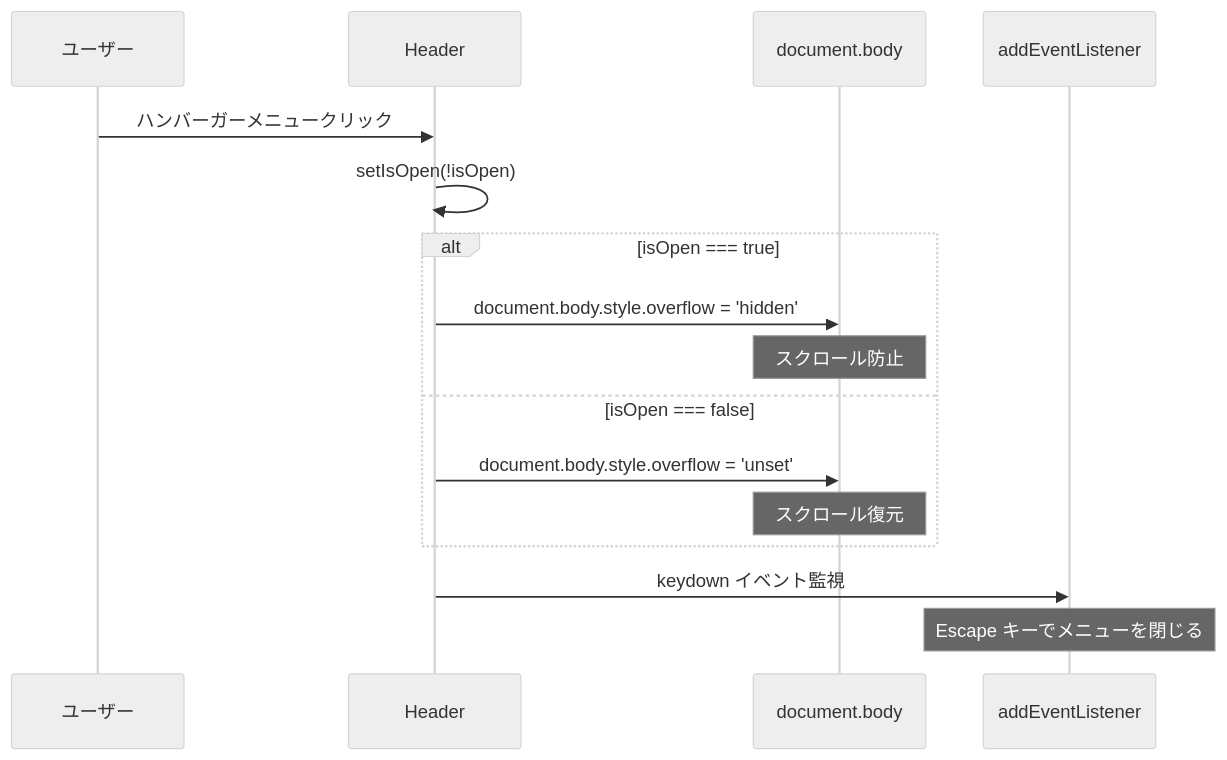
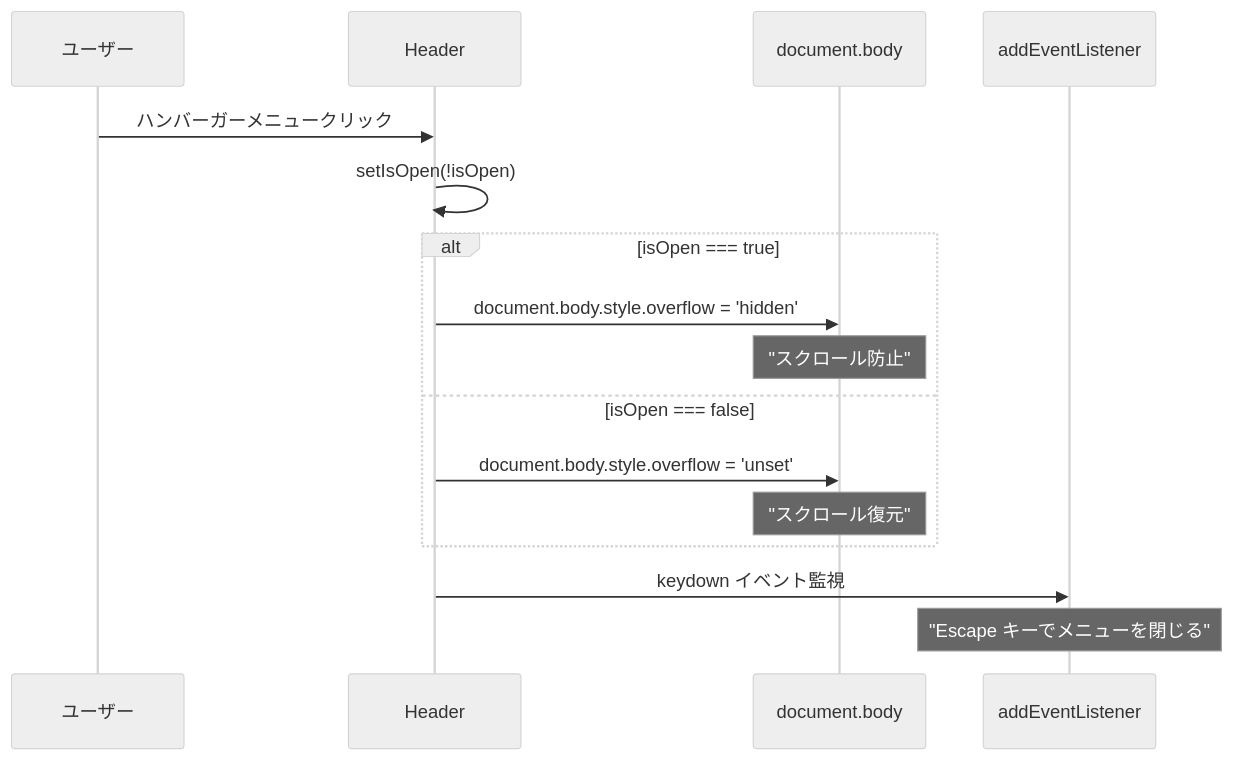
One commit to wasabi49/ocs-systemDevelopmentExercises changed the second of 9 diagrams in document/components/sequence/Header.md. Above: the diagram before and after it, drawn with Mermaid (neutral theme). The commit also changed other lines of this file and 42 other files, not shown here.

First line of the commit message:
fix: mermaidシーケンス図のNote over文でダブルクォーテーション不足を修正

````diff
--- a/document/components/sequence/Header.md
+++ b/document/components/sequence/Header.md
@@ -27,21 +27,21 @@
 ```mermaid
 sequenceDiagram
     participant User as ユーザー
     participant Header as Header
     participant Body as document.body
     participant EventListener as addEventListener
 
     User->>Header: ハンバーガーメニュークリック
     Header->>Header: setIsOpen(!isOpen)
     
     alt isOpen === true
         Header->>Body: document.body.style.overflow = 'hidden'
-        Note over Body: スクロール防止
+        Note over Body: "スクロール防止"
     else isOpen === false
         Header->>Body: document.body.style.overflow = 'unset'
-        Note over Body: スクロール復元
+        Note over Body: "スクロール復元"
     end
     
     Header->>EventListener: keydown イベント監視
-    Note over EventListener: Escape キーでメニューを閉じる
+    Note over EventListener: "Escape キーでメニューを閉じる"
 ```
````
